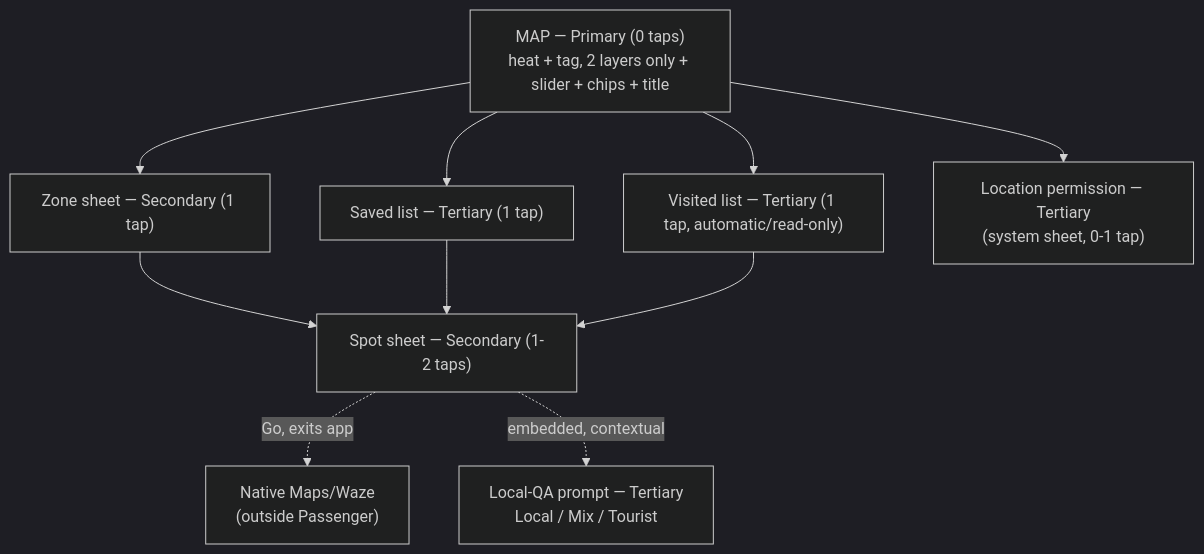
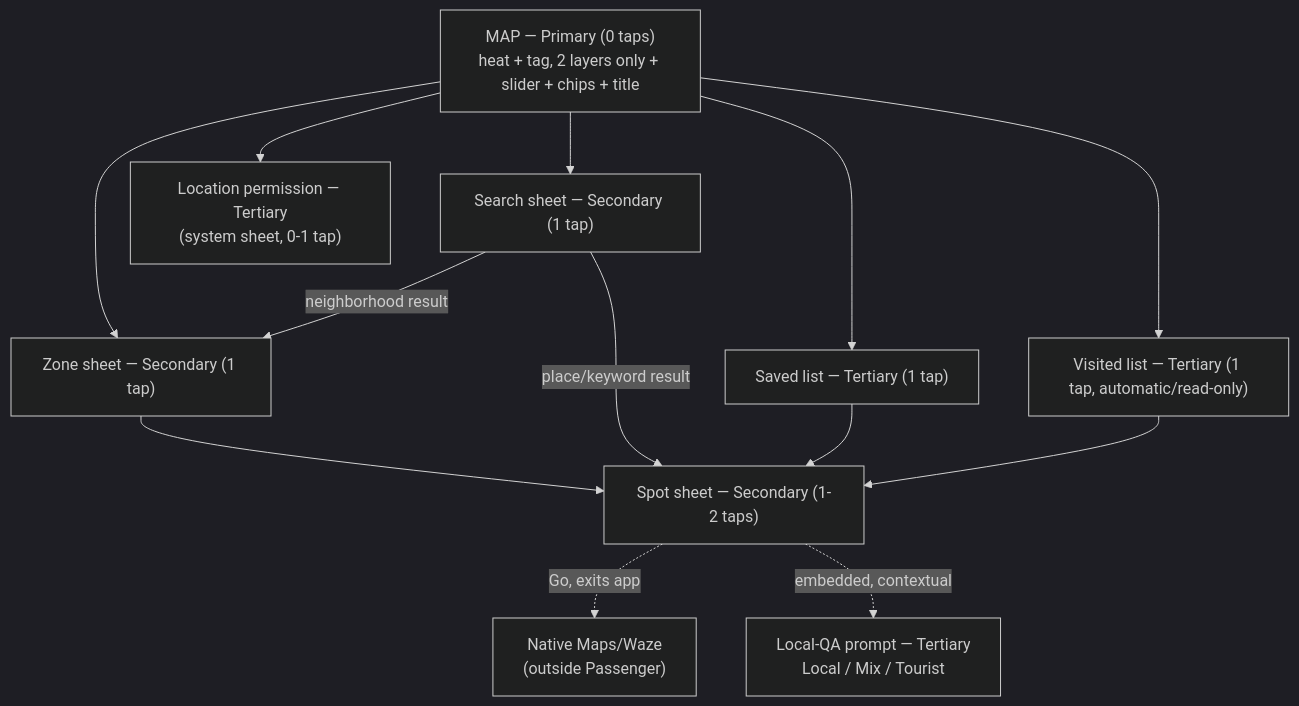
The second of 2 diagrams in design/ux-flows.md (AviranGrisaro/passenger-brain), drawn with Mermaid (dark theme) before and after one commit. The commit also changed other lines of this file and 2 other files, not shown here.

First line of the commit message:
design: add search (decision #23) to UX flows

````diff
--- a/design/ux-flows.md
+++ b/design/ux-flows.md
@@ -206,13 +229,16 @@
 ```mermaid
 flowchart TD
     Map["MAP — Primary (0 taps)\nheat + tag, 2 layers only + slider + chips + title"]
     Map --> Zone["Zone sheet — Secondary (1 tap)"]
     Zone --> Spot["Spot sheet — Secondary (1-2 taps)"]
     Spot -.Go, exits app.-> Handoff["Native Maps/Waze\n(outside Passenger)"]
+    Map --> Search["Search sheet — Secondary (1 tap)"]
+    Search -->|place/keyword result| Spot
+    Search -->|neighborhood result| Zone
     Map --> Saved["Saved list — Tertiary (1 tap)"]
     Map --> Visited["Visited list — Tertiary (1 tap, automatic/read-only)"]
     Saved --> Spot
     Visited --> Spot
     Spot -. embedded, contextual .-> QA["Local-QA prompt — Tertiary\nLocal / Mix / Tourist"]
     Map --> Perm["Location permission — Tertiary\n(system sheet, 0-1 tap)"]
 ```
````
